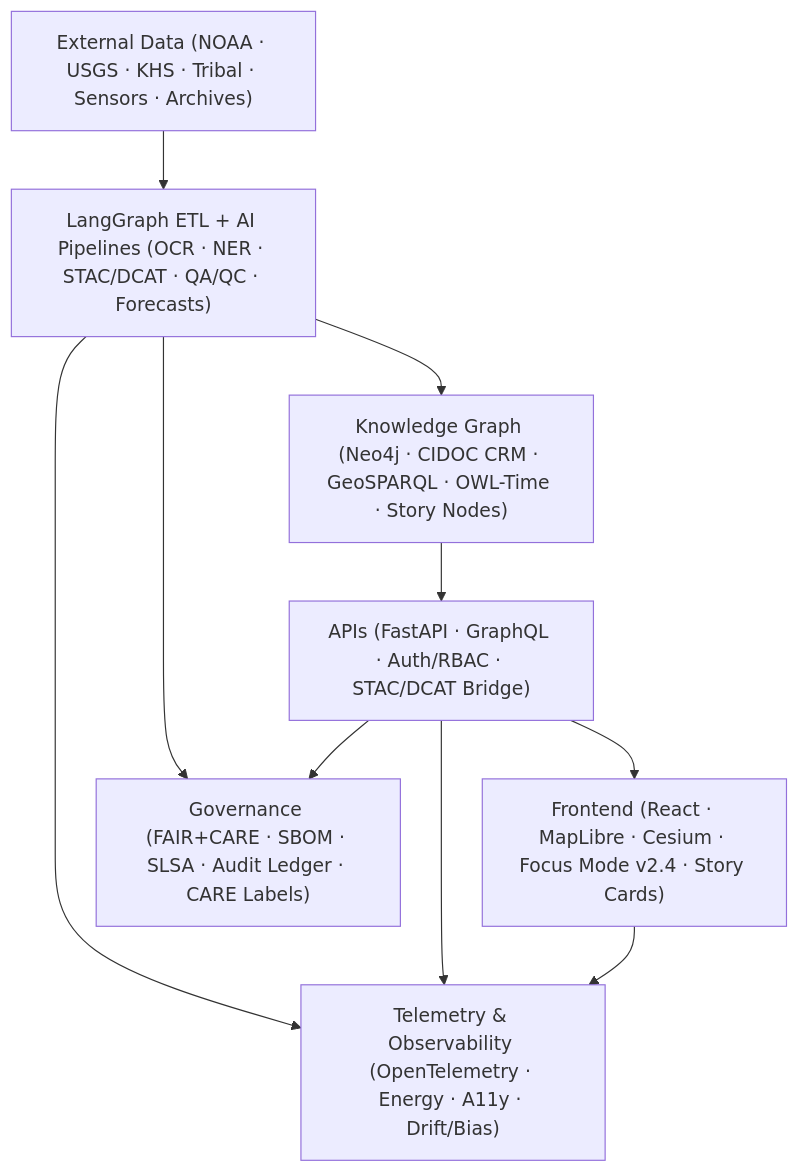
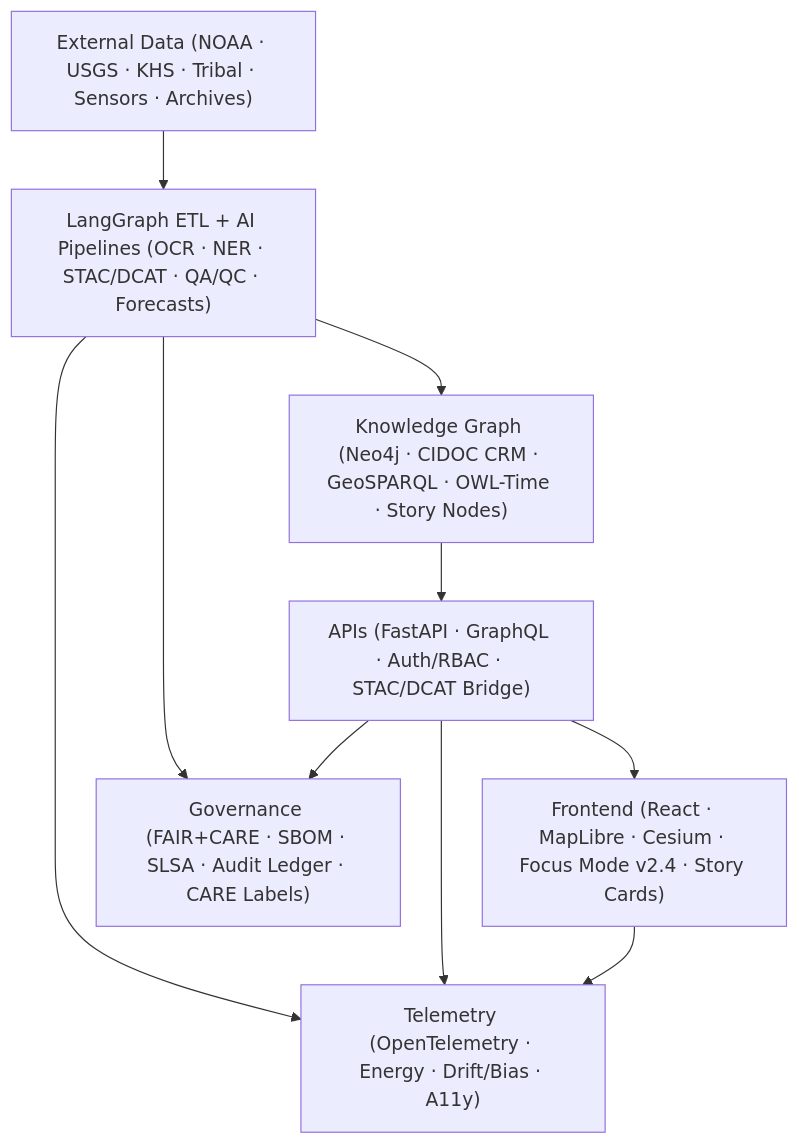
One commit to bartytime4life/Kansas-Frontier-Matrix changed the diagram in ARCHITECTURE.md. Above: the diagram before and after it, drawn with Mermaid. The commit also changed other lines of this file, not shown here.

````diff
--- a/ARCHITECTURE.md
+++ b/ARCHITECTURE.md
@@ -99,17 +74,17 @@
-```mermaid
-    flowchart TD
-      A["External Data (NOAA · USGS · KHS · Tribal · Sensors · Archives)"]
-      B["LangGraph ETL + AI Pipelines (OCR · NER · STAC/DCAT · QA/QC · Forecasts)"]
-      C["Knowledge Graph (Neo4j · CIDOC CRM · GeoSPARQL · OWL-Time · Story Nodes)"]
-      D["APIs (FastAPI · GraphQL · Auth/RBAC · STAC/DCAT Bridge)"]
-      E["Frontend (React · MapLibre · Cesium · Focus Mode v2.4 · Story Cards)"]
-      F["Governance (FAIR+CARE · SBOM · SLSA · Audit Ledger · CARE Labels)"]
-      G["Telemetry & Observability (OpenTelemetry · Energy · A11y · Drift/Bias)"]
+~~~~~mermaid
+flowchart TD
+  A["External Data (NOAA · USGS · KHS · Tribal · Sensors · Archives)"]
+  B["LangGraph ETL + AI Pipelines (OCR · NER · STAC/DCAT · QA/QC · Forecasts)"]
+  C["Knowledge Graph (Neo4j · CIDOC CRM · GeoSPARQL · OWL-Time · Story Nodes)"]
+  D["APIs (FastAPI · GraphQL · Auth/RBAC · STAC/DCAT Bridge)"]
+  E["Frontend (React · MapLibre · Cesium · Focus Mode v2.4 · Story Cards)"]
+  F["Governance (FAIR+CARE · SBOM · SLSA · Audit Ledger · CARE Labels)"]
+  G["Telemetry (OpenTelemetry · Energy · Drift/Bias · A11y)"]
 
-      A --> B --> C --> D --> E
-      B --> F
-      D --> F
-      B --> G
-      D --> G
-      E --> G
-```
+  A --> B --> C --> D --> E
+  B --> F
+  D --> F
+  B --> G
+  D --> G
+  E --> G
+~~~~~
````
